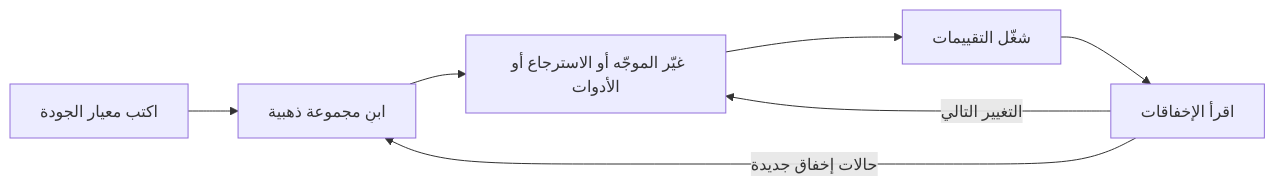
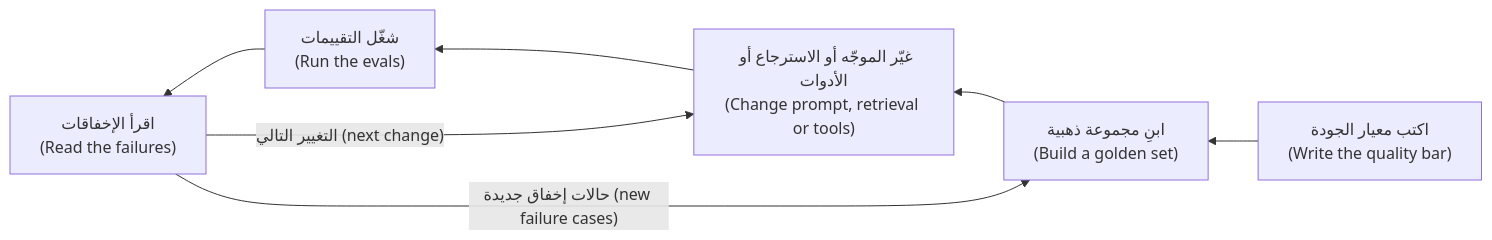
The second of 4 diagrams in career/modules/02-paths.ar.md (Tamoura/system-design-for-vibe-coders), drawn with Mermaid before and after one commit. The commit also changed other lines of this file and 20 other files, not shown here.

First line of the commit message:
New courses: Arabic diagrams read right-to-left with English labels (modules 0–6)

````diff
--- a/career/modules/02-paths.ar.md
+++ b/career/modules/02-paths.ar.md
@@ -325,9 +325,9 @@
 ```mermaid
-flowchart LR
-    A["اكتب معيار الجودة"] --> B["ابنِ مجموعة ذهبية"]
-    B --> C["غيّر الموجّه أو الاسترجاع أو الأدوات"]
-    C --> D["شغّل التقييمات"]
-    D --> E["اقرأ الإخفاقات"]
-    E -->|"حالات إخفاق جديدة"| B
-    E -->|"التغيير التالي"| C
+flowchart RL
+    A["اكتب معيار الجودة<br/>(Write the quality bar)"] --> B["ابنِ مجموعة ذهبية<br/>(Build a golden set)"]
+    B --> C["غيّر الموجّه أو الاسترجاع أو الأدوات<br/>(Change prompt, retrieval or tools)"]
+    C --> D["شغّل التقييمات<br/>(Run the evals)"]
+    D --> E["اقرأ الإخفاقات<br/>(Read the failures)"]
+    E -->|"حالات إخفاق جديدة (new failure cases)"| B
+    E -->|"التغيير التالي (next change)"| C
 ```
````
